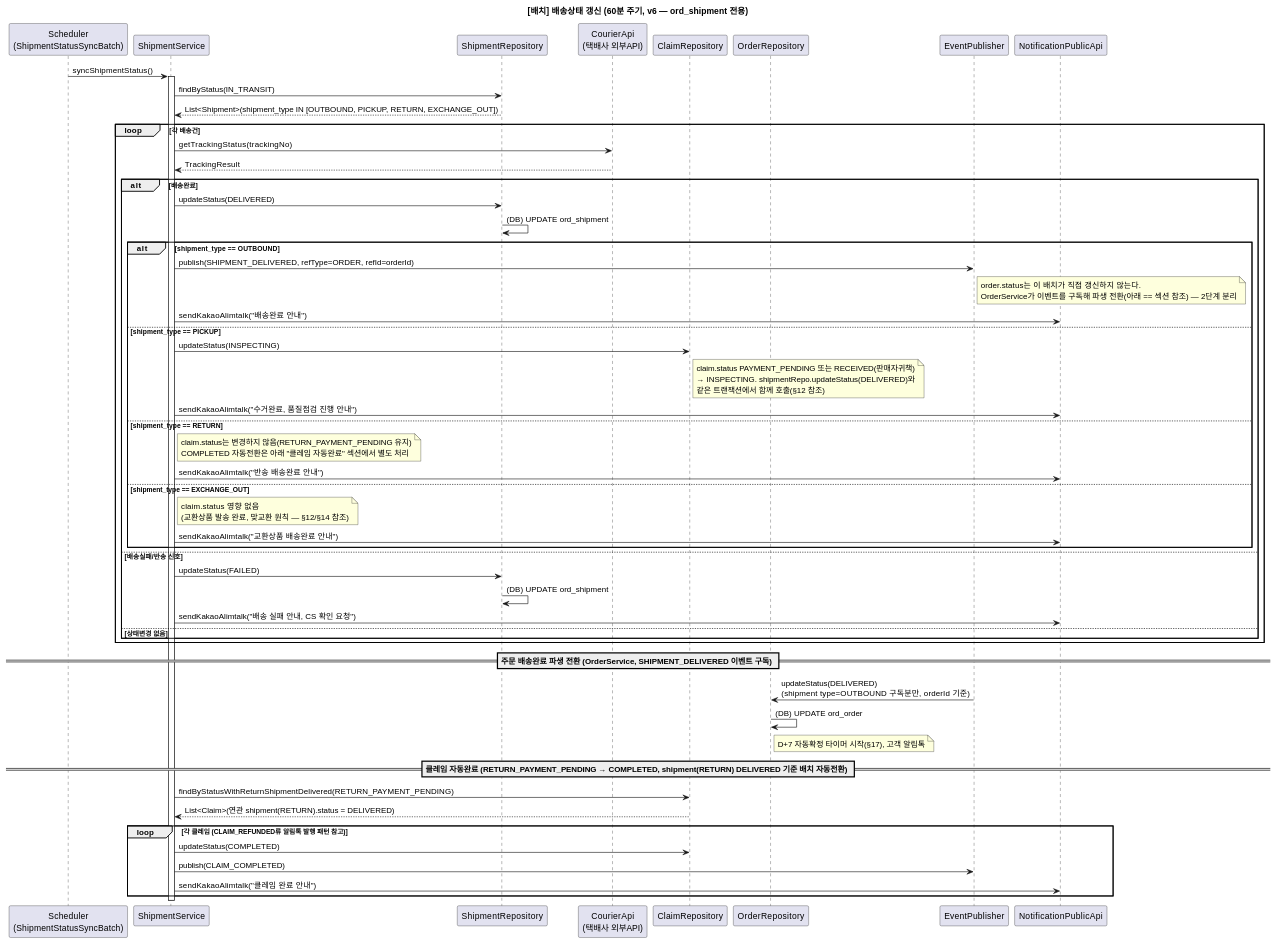
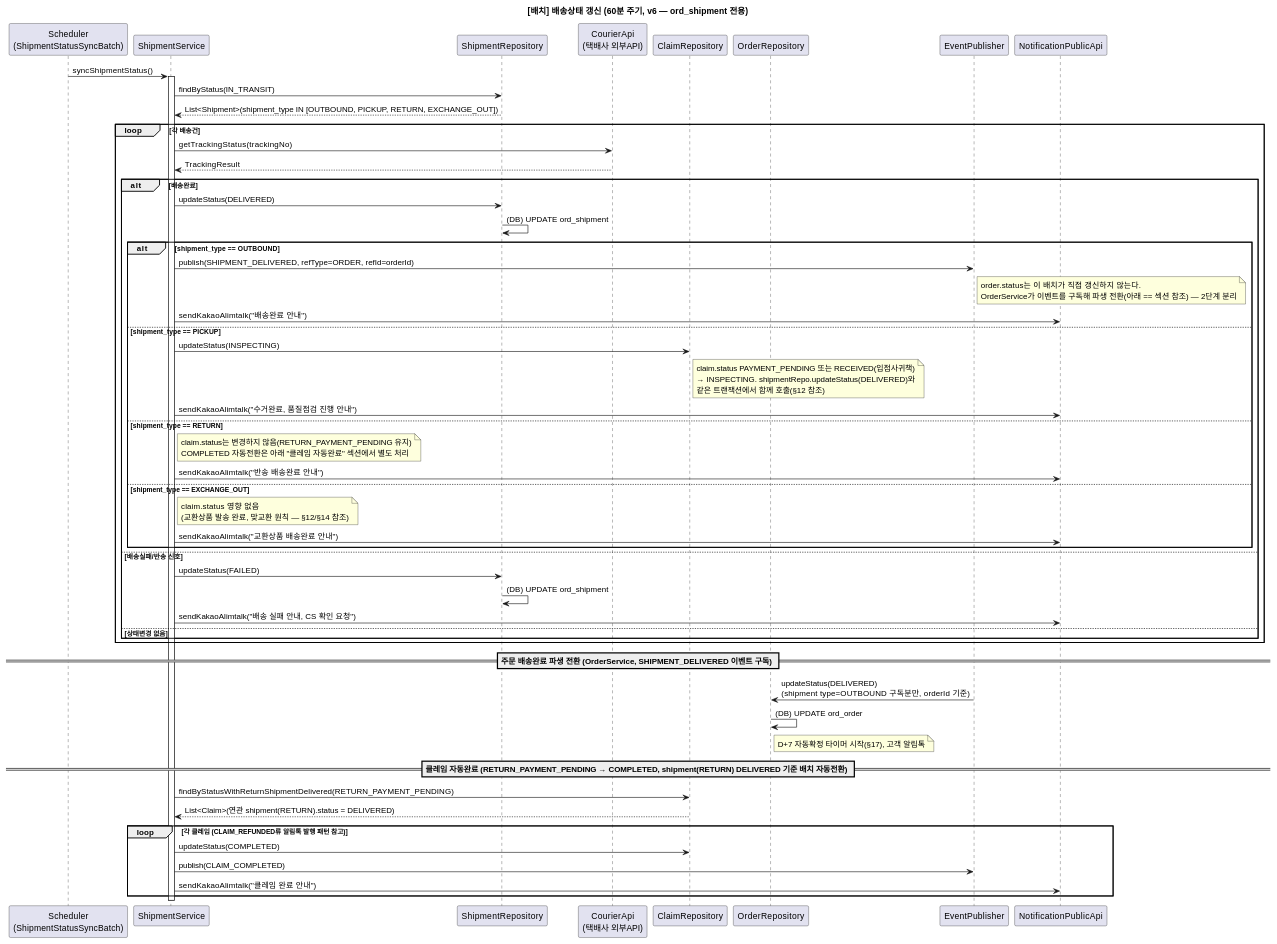
One commit to parknahyun/runNShop changed diagram 23 of 26 in docs/자산화-단계별/S3-상세설계/DM-시퀀스(Order-Payment).md. Above: the diagram before and after it, drawn with PlantUML. The commit also changed other lines of this file and 2 other files, not shown here.

````diff
--- a/docs/자산화-단계별/S3-상세설계/DM-시퀀스(Order-Payment).md
+++ b/docs/자산화-단계별/S3-상세설계/DM-시퀀스(Order-Payment).md
@@ -1200,71 +1230,71 @@
 ```plantuml
 @startuml
 title [배치] 배송상태 갱신 (60분 주기, v6 — ord_shipment 전용)
 
 participant "Scheduler\n(ShipmentStatusSyncBatch)" as Batch
 participant "ShipmentService" as Service
 participant "ShipmentRepository" as Repo
 participant "CourierApi\n(택배사 외부API)" as Courier
 participant "ClaimRepository" as ClaimRepo
 participant "OrderRepository" as OrderRepo
 participant "EventPublisher" as Event
 participant "NotificationPublicApi" as Noti
 
 Batch -> Service : syncShipmentStatus()
 activate Service
 
 Service -> Repo : findByStatus(IN_TRANSIT)
 Repo --> Service : List<Shipment>(shipment_type IN [OUTBOUND, PICKUP, RETURN, EXCHANGE_OUT])
 
 loop 각 배송건
     Service -> Courier : getTrackingStatus(trackingNo)
     Courier --> Service : TrackingResult
 
     alt 배송완료
         Service -> Repo : updateStatus(DELIVERED)
         Repo -> Repo : (DB) UPDATE ord_shipment
 
         alt shipment_type == OUTBOUND
             Service -> Event : publish(SHIPMENT_DELIVERED, refType=ORDER, refId=orderId)
             note right of Event: order.status는 이 배치가 직접 갱신하지 않는다.\nOrderService가 이벤트를 구독해 파생 전환(아래 == 섹션 참조) — 2단계 분리
             Service -> Noti : sendKakaoAlimtalk("배송완료 안내")
         else shipment_type == PICKUP
             Service -> ClaimRepo : updateStatus(INSPECTING)
-            note right of ClaimRepo: claim.status PAYMENT_PENDING 또는 RECEIVED(판매자귀책)\n→ INSPECTING. shipmentRepo.updateStatus(DELIVERED)와\n같은 트랜잭션에서 함께 호출(§12 참조)
+            note right of ClaimRepo: claim.status PAYMENT_PENDING 또는 RECEIVED(입점사귀책)\n→ INSPECTING. shipmentRepo.updateStatus(DELIVERED)와\n같은 트랜잭션에서 함께 호출(§12 참조)
             Service -> Noti : sendKakaoAlimtalk("수거완료, 품질점검 진행 안내")
         else shipment_type == RETURN
             note right of Service: claim.status는 변경하지 않음(RETURN_PAYMENT_PENDING 유지)\nCOMPLETED 자동전환은 아래 "클레임 자동완료" 섹션에서 별도 처리
             Service -> Noti : sendKakaoAlimtalk("반송 배송완료 안내")
         else shipment_type == EXCHANGE_OUT
             note right of Service: claim.status 영향 없음\n(교환상품 발송 완료, 맞교환 원칙 — §12/§14 참조)
             Service -> Noti : sendKakaoAlimtalk("교환상품 배송완료 안내")
         end
     else 배송실패/반송 신호
         Service -> Repo : updateStatus(FAILED)
         Repo -> Repo : (DB) UPDATE ord_shipment
         Service -> Noti : sendKakaoAlimtalk("배송 실패 안내, CS 확인 요청")
     else 상태변경 없음
         note right: skip
     end
 end
 
 == 주문 배송완료 파생 전환 (OrderService, SHIPMENT_DELIVERED 이벤트 구독) ==
 
 Event -> OrderRepo : updateStatus(DELIVERED)\n(shipment type=OUTBOUND 구독분만, orderId 기준)
 OrderRepo -> OrderRepo : (DB) UPDATE ord_order
 note right of OrderRepo: D+7 자동확정 타이머 시작(§17), 고객 알림톡
 
 == 클레임 자동완료 (RETURN_PAYMENT_PENDING → COMPLETED, shipment(RETURN) DELIVERED 기준 배치 자동전환) ==
 
 Service -> ClaimRepo : findByStatusWithReturnShipmentDelivered(RETURN_PAYMENT_PENDING)
 ClaimRepo --> Service : List<Claim>(연관 shipment(RETURN).status = DELIVERED)
 
 loop 각 클레임 (CLAIM_REFUNDED류 알림톡 발행 패턴 참고)
     Service -> ClaimRepo : updateStatus(COMPLETED)
     Service -> Event : publish(CLAIM_COMPLETED)
     Service -> Noti : sendKakaoAlimtalk("클레임 완료 안내")
 end
 
 deactivate Service
 @enduml
 ```
````
